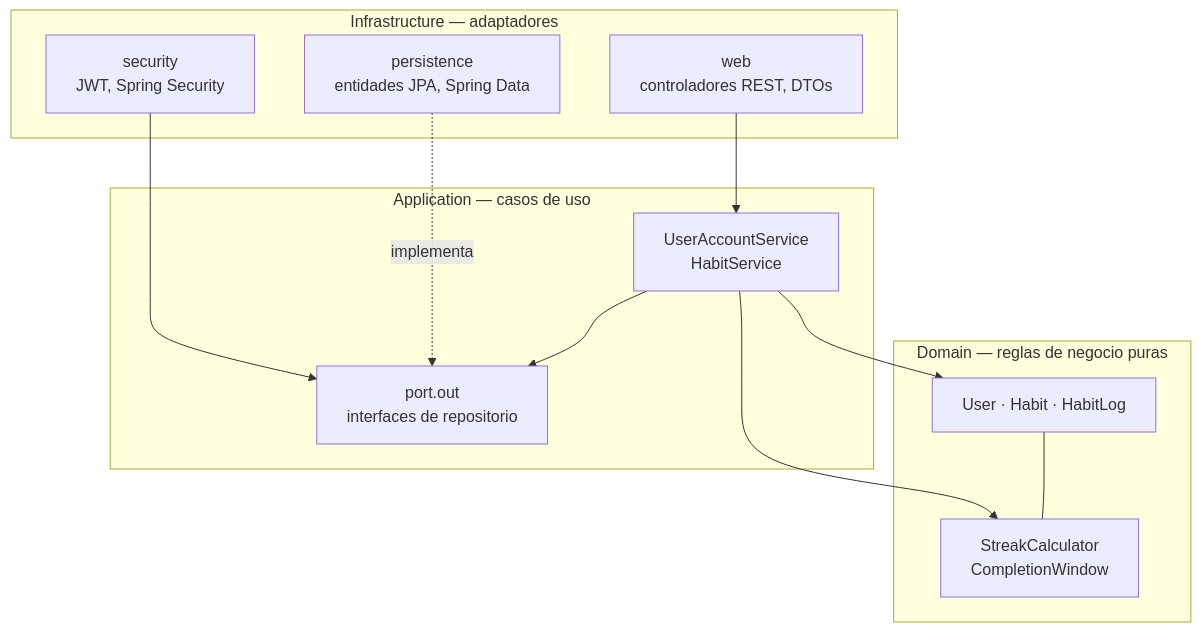
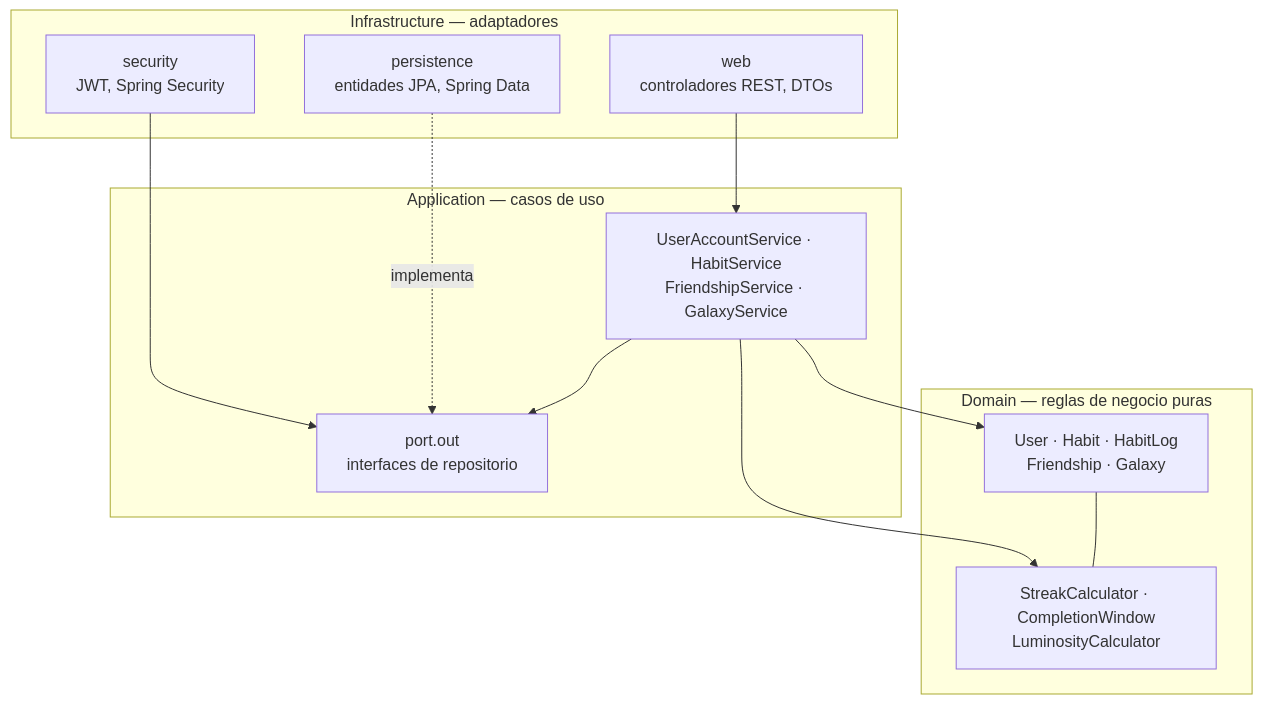
One commit to BecerraHector/habit-constellations-backend changed the first of 2 diagrams in README.md. Above: the diagram before and after it, drawn with Mermaid. The commit also changed other lines of this file and 24 other files, not shown here.

````diff
--- a/README.md
+++ b/README.md
@@ -46,26 +46,26 @@
 ```mermaid
 graph TD
     subgraph Infrastructure["Infrastructure — adaptadores"]
         Web["web<br/>controladores REST, DTOs"]
         Sec["security<br/>JWT, Spring Security"]
         Persist["persistence<br/>entidades JPA, Spring Data"]
     end
 
     subgraph Application["Application — casos de uso"]
-        Services["UserAccountService<br/>HabitService"]
+        Services["UserAccountService · HabitService<br/>FriendshipService · GalaxyService"]
         Ports["port.out<br/>interfaces de repositorio"]
     end
 
     subgraph Domain["Domain — reglas de negocio puras"]
-        Model["User · Habit · HabitLog"]
-        Engine["StreakCalculator<br/>CompletionWindow"]
+        Model["User · Habit · HabitLog<br/>Friendship · Galaxy"]
+        Engine["StreakCalculator · CompletionWindow<br/>LuminosityCalculator"]
     end
 
     Web --> Services
     Sec --> Ports
     Persist -.implementa.-> Ports
     Services --> Ports
     Services --> Model
     Services --> Engine
     Model --- Engine
 ```
````
